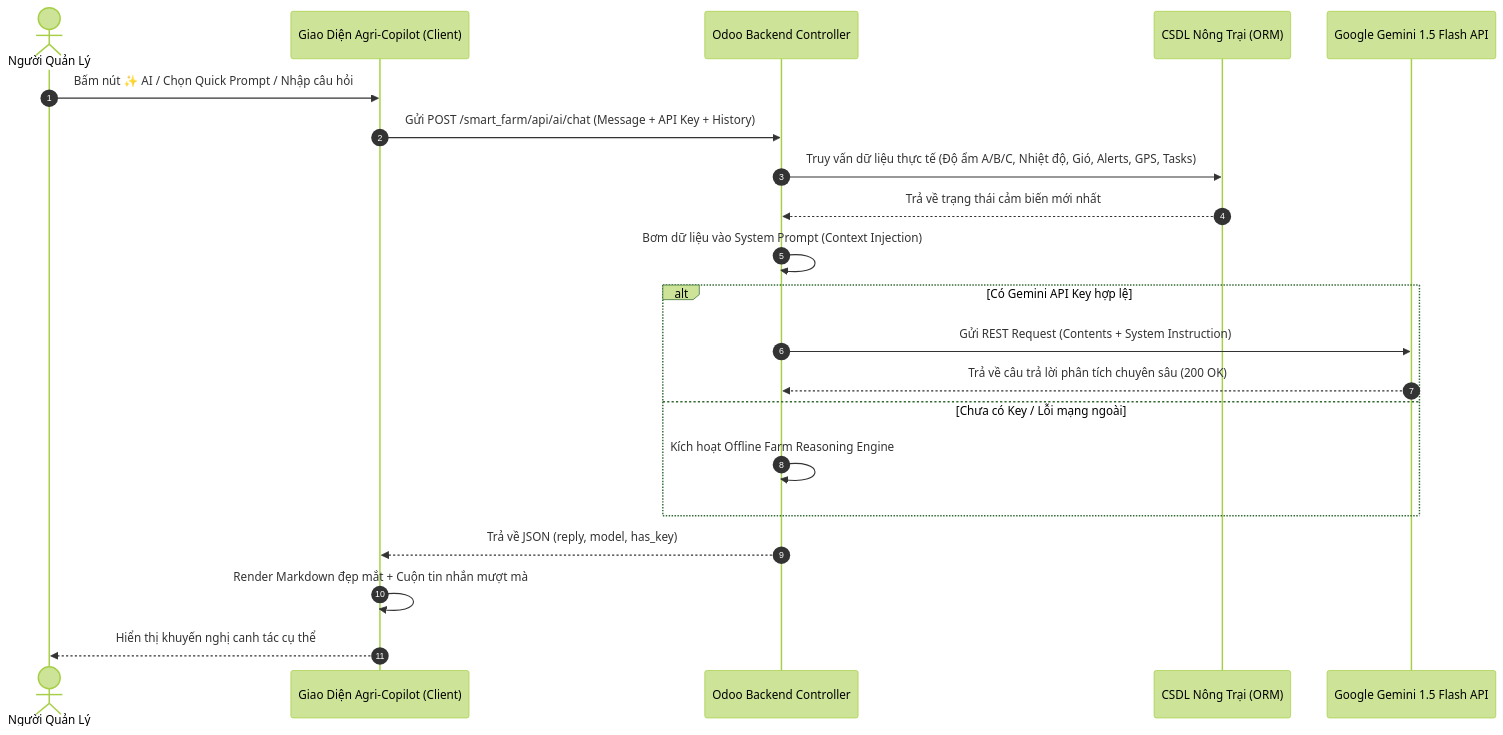
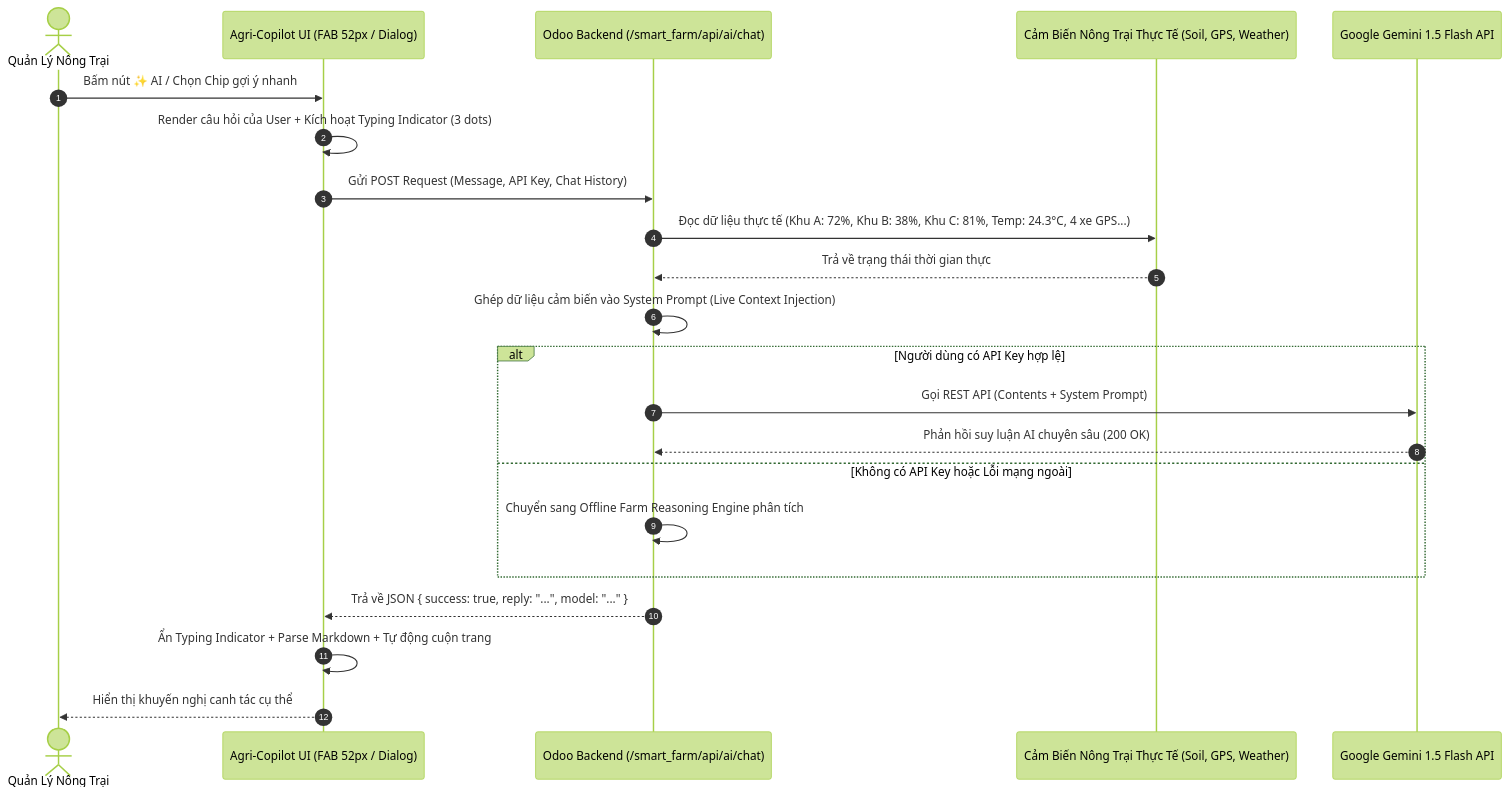
The third of 3 diagrams in Smart-Farm-main/new farm/Farm-Management-main/docs/BAO_CAO_VA_SLIDE_THUYET_TRINH.md (Hung4865/FARM), drawn with Mermaid (forest theme) before and after one commit. The commit also changed other lines of this file, not shown here.

````diff
--- a/Smart-Farm-main/new farm/Farm-Management-main/docs/BAO_CAO_VA_SLIDE_THUYET_TRINH.md
+++ b/Smart-Farm-main/new farm/Farm-Management-main/docs/BAO_CAO_VA_SLIDE_THUYET_TRINH.md
@@ -195,24 +326,27 @@
 ```mermaid
 sequenceDiagram
     autonumber
-    actor User as Người Quản Lý
-    participant UI as Giao Diện Agri-Copilot (Client)
-    participant Ctrl as Odoo Backend Controller
-    participant DB as CSDL Nông Trại (ORM)
+    actor Manager as Quản Lý Nông Trại
+    participant Widget as Agri-Copilot UI (FAB 52px / Dialog)
+    participant Server as Odoo Backend (/smart_farm/api/ai/chat)
+    participant Sensors as Cảm Biến Nông Trại Thực Tế (Soil, GPS, Weather)
     participant Gemini as Google Gemini 1.5 Flash API
 
-    User->>UI: Bấm nút ✨ AI / Chọn Quick Prompt / Nhập câu hỏi
-    UI->>Ctrl: Gửi POST /smart_farm/api/ai/chat (Message + API Key + History)
-    Ctrl->>DB: Truy vấn dữ liệu thực tế (Độ ẩm A/B/C, Nhiệt độ, Gió, Alerts, GPS, Tasks)
-    DB-->>Ctrl: Trả về trạng thái cảm biến mới nhất
-    Ctrl->>Ctrl: Bơm dữ liệu vào System Prompt (Context Injection)
-    alt Có Gemini API Key hợp lệ
-        Ctrl->>Gemini: Gửi REST Request (Contents + System Instruction)
-        Gemini-->>Ctrl: Trả về câu trả lời phân tích chuyên sâu (200 OK)
-    else Chưa có Key / Lỗi mạng ngoài
-        Ctrl->>Ctrl: Kích hoạt Offline Farm Reasoning Engine
+    Manager->>Widget: Bấm nút ✨ AI / Chọn Chip gợi ý nhanh
+    Widget->>Widget: Render câu hỏi của User + Kích hoạt Typing Indicator (3 dots)
+    Widget->>Server: Gửi POST Request (Message, API Key, Chat History)
+    Server->>Sensors: Đọc dữ liệu thực tế (Khu A: 72%, Khu B: 38%, Khu C: 81%, Temp: 24.3°C, 4 xe GPS...)
+    Sensors-->>Server: Trả về trạng thái thời gian thực
+    Server->>Server: Ghép dữ liệu cảm biến vào System Prompt (Live Context Injection)
+
+    alt Người dùng có API Key hợp lệ
+        Server->>Gemini: Gọi REST API (Contents + System Prompt)
+        Gemini-->>Server: Phản hồi suy luận AI chuyên sâu (200 OK)
+    else Không có API Key hoặc Lỗi mạng ngoài
+        Server->>Server: Chuyển sang Offline Farm Reasoning Engine phân tích
     end
-    Ctrl-->>UI: Trả về JSON (reply, model, has_key)
-    UI->>UI: Render Markdown đẹp mắt + Cuộn tin nhắn mượt mà
-    UI-->>User: Hiển thị khuyến nghị canh tác cụ thể
+
+    Server-->>Widget: Trả về JSON { success: true, reply: "...", model: "..." }
+    Widget->>Widget: Ẩn Typing Indicator + Parse Markdown + Tự động cuộn trang
+    Widget-->>Manager: Hiển thị khuyến nghị canh tác cụ thể
 ```
````
